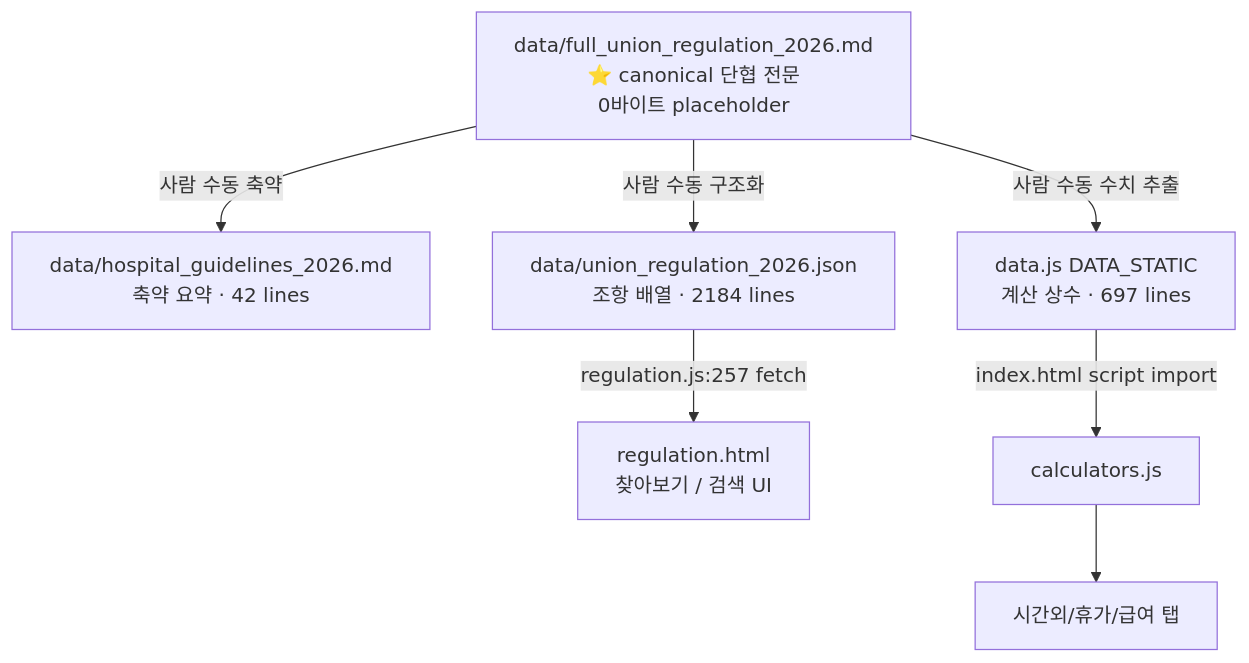
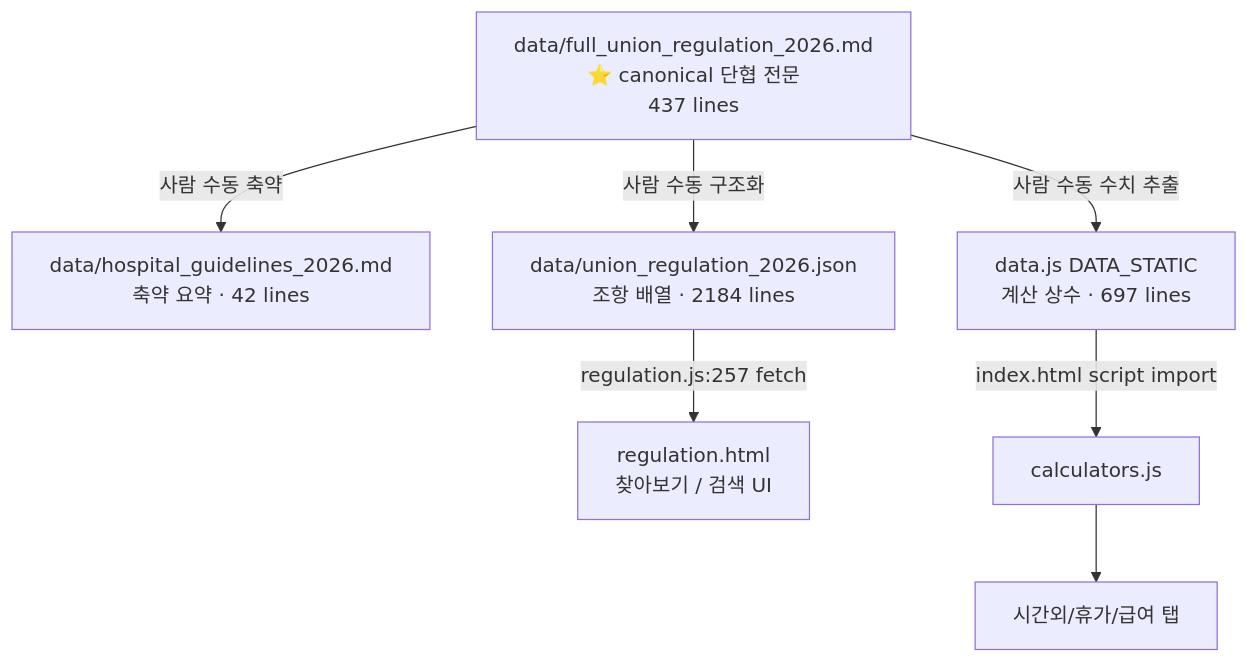
The first of 2 diagrams in docs/architecture/data-sources.md (UltrasoundSonicBoom/bhm_overtime), drawn with Mermaid before and after one commit. The commit also changed other lines of this file and 1 other file, not shown here.

First line of the commit message:
docs(arch): Plan D 문서 보정 — full_union_regulation_2026.md 채워진 상태 반영 + Bug 결과 요약

````diff
--- a/docs/architecture/data-sources.md
+++ b/docs/architecture/data-sources.md
@@ -105,9 +105,9 @@
 ```mermaid
 graph TD
-    FullMD[data/full_union_regulation_2026.md<br/>⭐ canonical 단협 전문<br/>0바이트 placeholder] -->|사람 수동 축약| GuideMD[data/hospital_guidelines_2026.md<br/>축약 요약 · 42 lines]
+    FullMD[data/full_union_regulation_2026.md<br/>⭐ canonical 단협 전문<br/>437 lines] -->|사람 수동 축약| GuideMD[data/hospital_guidelines_2026.md<br/>축약 요약 · 42 lines]
     FullMD -->|사람 수동 구조화| UnionJSON[data/union_regulation_2026.json<br/>조항 배열 · 2184 lines]
     FullMD -->|사람 수동 수치 추출| DataJS[data.js DATA_STATIC<br/>계산 상수 · 697 lines]
     UnionJSON -->|regulation.js:257 fetch| RegHTML[regulation.html<br/>찾아보기 / 검색 UI]
     DataJS -->|index.html script import| CALC[calculators.js]
     CALC --> UI[시간외/휴가/급여 탭]
 ```
````
